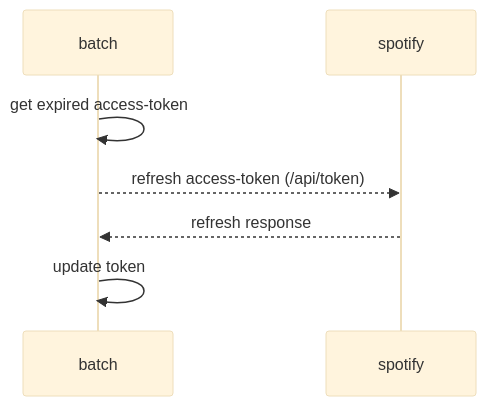
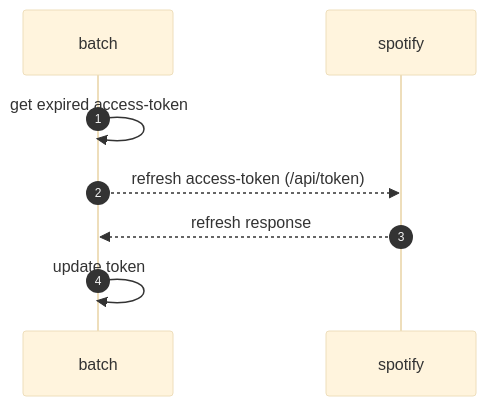
The first of 3 diagrams in README.md (songspy/songspy), drawn with Mermaid (base theme) before and after one commit. The commit also changed other lines of this file, not shown here.

````diff
--- a/README.md
+++ b/README.md
@@ -19,10 +19,12 @@
 ```mermaid
 sequenceDiagram
   participant batch
   participant spotify
 
-	batch ->> batch: get expired access-token
-	batch -->> spotify: refresh access-token (/api/token)
-	spotify -->> batch: refresh response
-    batch ->> batch: update token
+  autonumber
+
+  batch ->> batch: get expired access-token
+  batch -->> spotify: refresh access-token (/api/token)
+  spotify -->> batch: refresh response
+  batch ->> batch: update token
 ```
````
